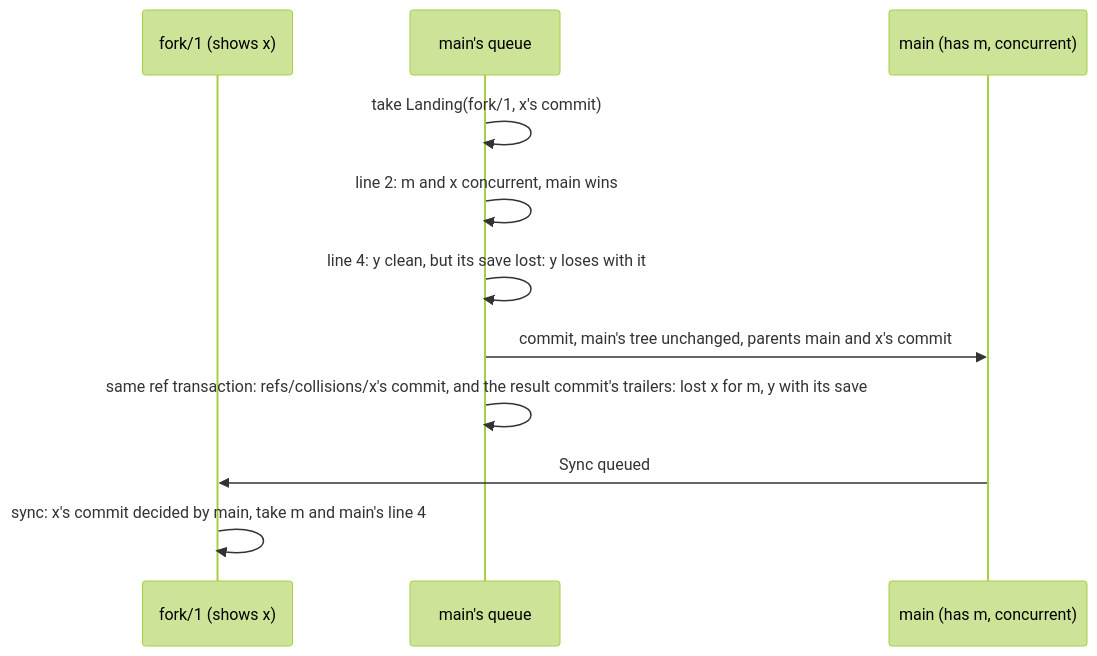
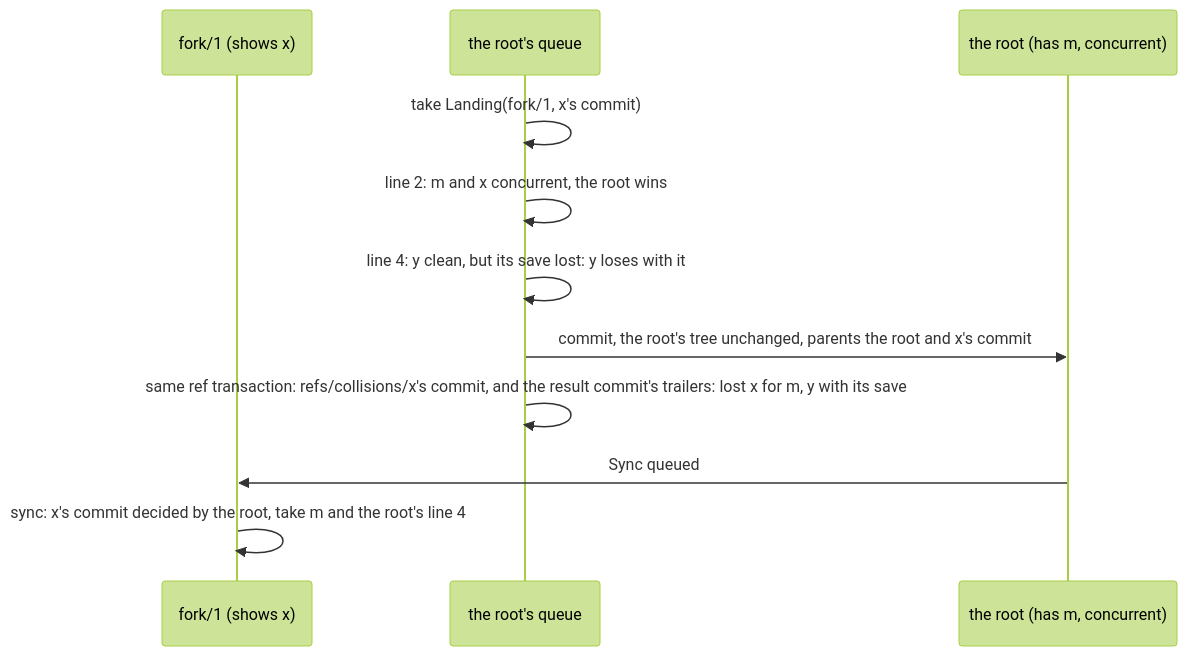
The fourth of 7 diagrams in docs/target-architecture/git-model.md (mcurcio/agentfs), drawn with Mermaid (forest theme) before and after one commit. The commit also changed other lines of this file and 20 other files, not shown here.

````diff
--- a/docs/target-architecture/git-model.md
+++ b/docs/target-architecture/git-model.md
@@ -571,13 +571,13 @@
 ```mermaid
 sequenceDiagram
   participant A as fork/1 (shows x)
-  participant QM as main's queue
-  participant M as main (has m, concurrent)
+  participant QM as the root's queue
+  participant M as the root (has m, concurrent)
   QM->>QM: take Landing(fork/1, x's commit)
-  QM->>QM: line 2: m and x concurrent, main wins
+  QM->>QM: line 2: m and x concurrent, the root wins
   QM->>QM: line 4: y clean, but its save lost: y loses with it
-  QM->>M: commit, main's tree unchanged, parents main and x's commit
+  QM->>M: commit, the root's tree unchanged, parents the root and x's commit
   QM->>QM: same ref transaction: refs/collisions/x's commit, and the result commit's trailers: lost x for m, y with its save
   M->>A: Sync queued
-  A->>A: sync: x's commit decided by main, take m and main's line 4
+  A->>A: sync: x's commit decided by the root, take m and the root's line 4
 ```
````
